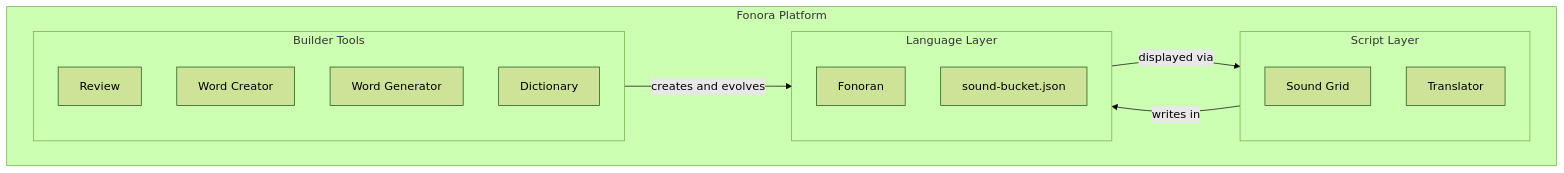
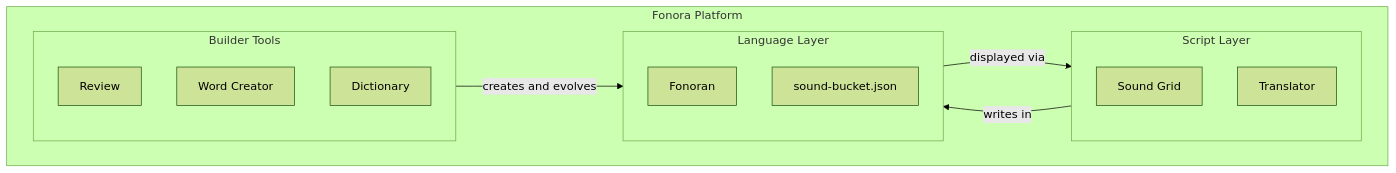
Before and after one commit to jamesc137/fonora: the diagram in docs/platform-overview.md, drawn with Mermaid (forest theme). The commit also changed other lines of this file and 28 other files, not shown here.

First line of the commit message:
Add addressee root for second-person you and retire the Word Generator

````diff
--- a/docs/platform-overview.md
+++ b/docs/platform-overview.md
@@ -11,22 +11,21 @@
 ```mermaid
 flowchart TB
   subgraph platform [Fonora Platform]
     subgraph script [Script Layer]
       SG[Sound Grid]
       TR[Translator]
     end
     subgraph language [Language Layer]
       FL[Fonoran]
       Lab[sound-bucket.json]
     end
     subgraph builder [Builder Tools]
       Review[Review]
       WC[Word Creator]
-      WG[Word Generator]
       Dict[Dictionary]
     end
   end
   script -->|"writes in"| language
   builder -->|"creates and evolves"| language
   language -->|"displayed via"| script
 ```
````
